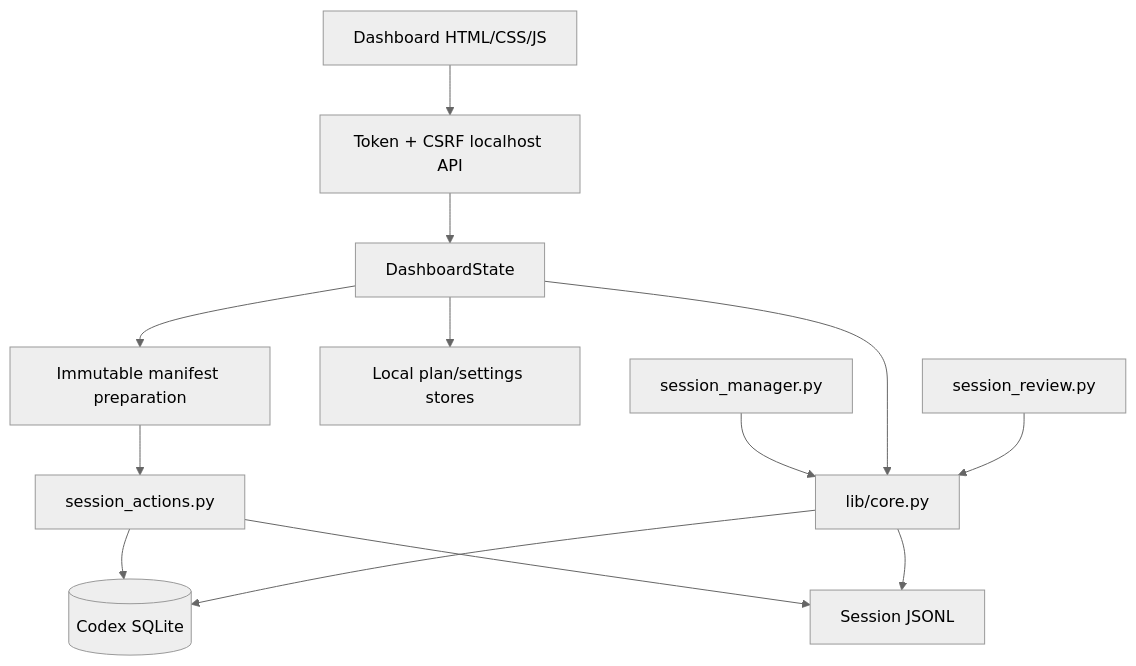
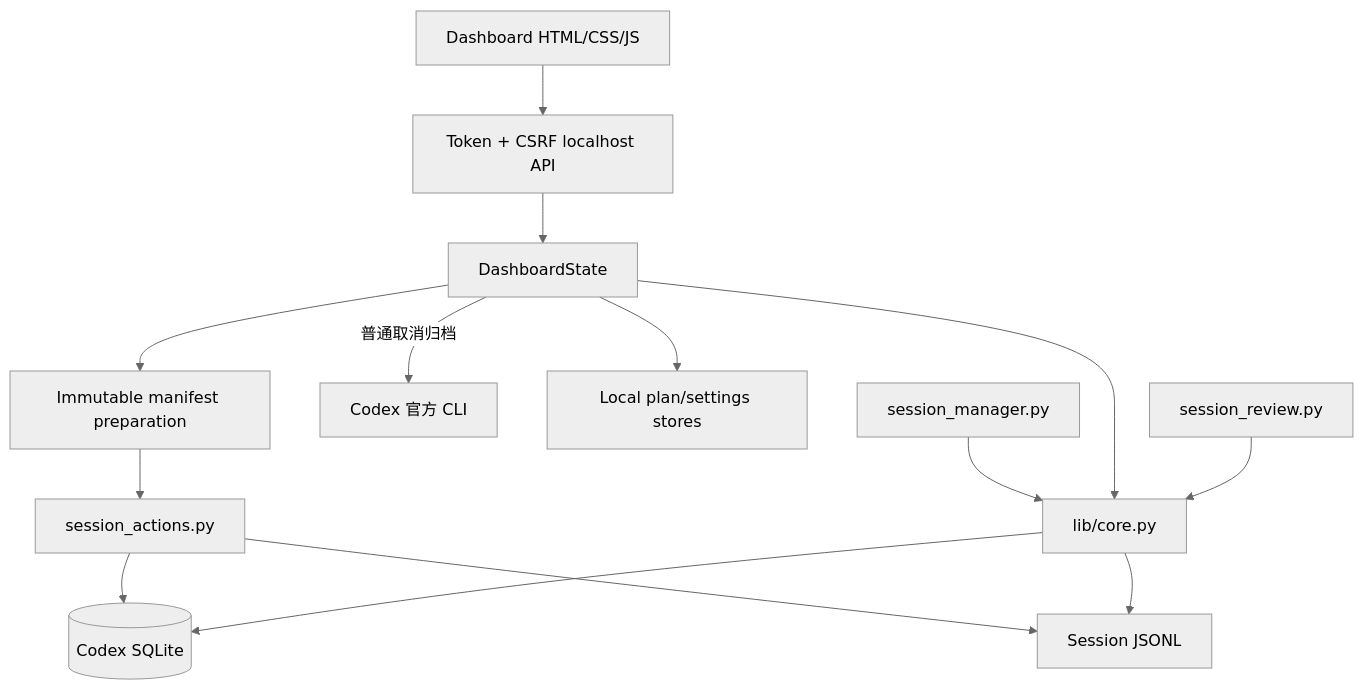
One commit to wushijing123/Codex-Session-Manager changed the diagram in docs/ARCHITECTURE.md. Above: the diagram before and after it, drawn with Mermaid (neutral theme). The commit also changed other lines of this file and 12 other files, not shown here.

````diff
--- a/docs/ARCHITECTURE.md
+++ b/docs/ARCHITECTURE.md
@@ -15,15 +15,16 @@
 ```mermaid
 flowchart TB
     UI[Dashboard HTML/CSS/JS] --> API[Token + CSRF localhost API]
     CLI[session_manager.py] --> CORE[lib/core.py]
     API --> STATE[DashboardState]
     STATE --> CORE
+    STATE -->|普通取消归档| CODEXCLI[Codex 官方 CLI]
     STATE --> PLAN[Local plan/settings stores]
     STATE --> MANIFEST[Immutable manifest preparation]
     MANIFEST --> ACTIONS[session_actions.py]
     ACTIONS --> DB[(Codex SQLite)]
     ACTIONS --> LOGS[Session JSONL]
     CORE --> DB
     CORE --> LOGS
     REVIEW[session_review.py] --> CORE
 ```
````
